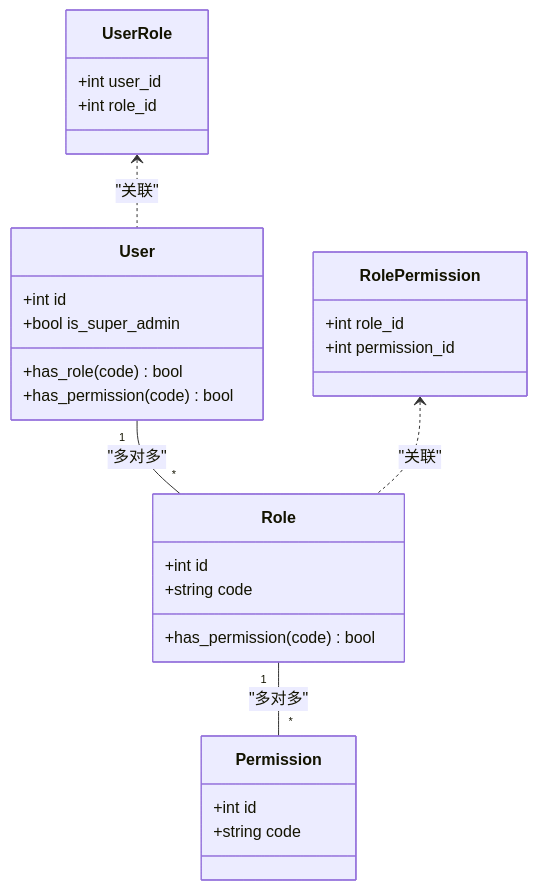
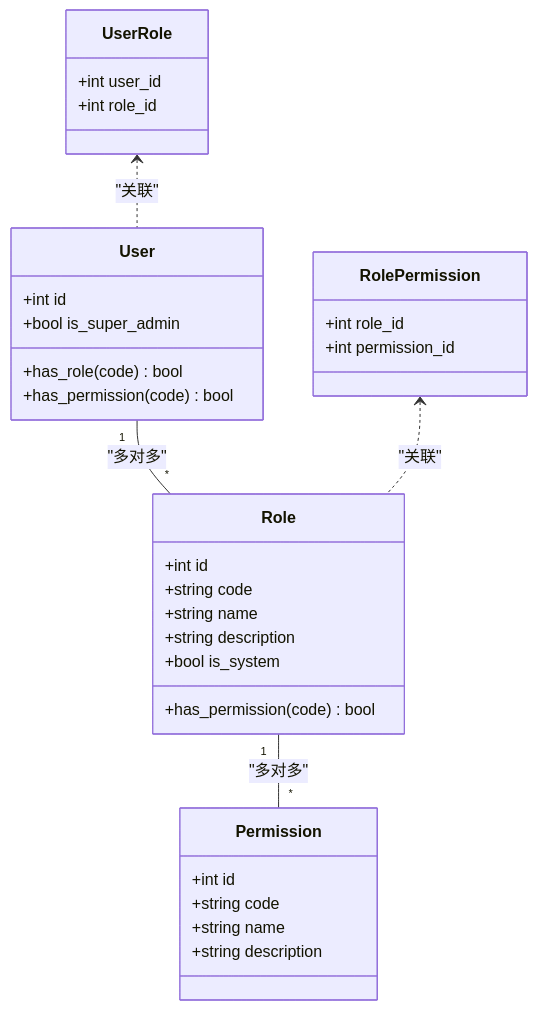
One commit to beyondalbert/my_wiki changed the third of 6 diagrams in .qoder/repowiki/zh/content/核心模块/权限控制系统.md. Above: the diagram before and after it, drawn with Mermaid. The commit also changed other lines of this file and 11 other files, not shown here.

````diff
--- a/.qoder/repowiki/zh/content/核心模块/权限控制系统.md
+++ b/.qoder/repowiki/zh/content/核心模块/权限控制系统.md
@@ -159,30 +187,35 @@
 ```mermaid
 classDiagram
 class User {
 +int id
 +bool is_super_admin
 +has_role(code) bool
 +has_permission(code) bool
 }
 class Role {
 +int id
 +string code
++string name
++string description
++bool is_system
 +has_permission(code) bool
 }
 class Permission {
 +int id
 +string code
++string name
++string description
 }
 class UserRole {
 +int user_id
 +int role_id
 }
 class RolePermission {
 +int role_id
 +int permission_id
 }
 User "1" -- "*" Role : "多对多"
 Role "1" -- "*" Permission : "多对多"
 UserRole <.. User : "关联"
 RolePermission <.. Role : "关联"
 ```
````
